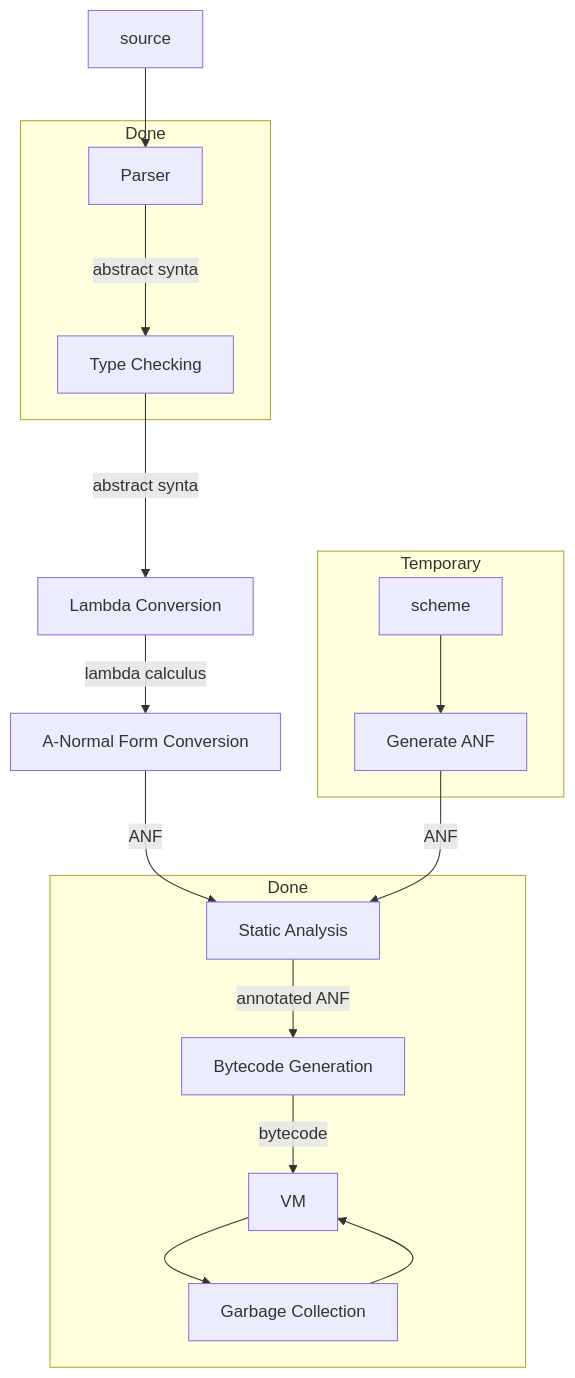
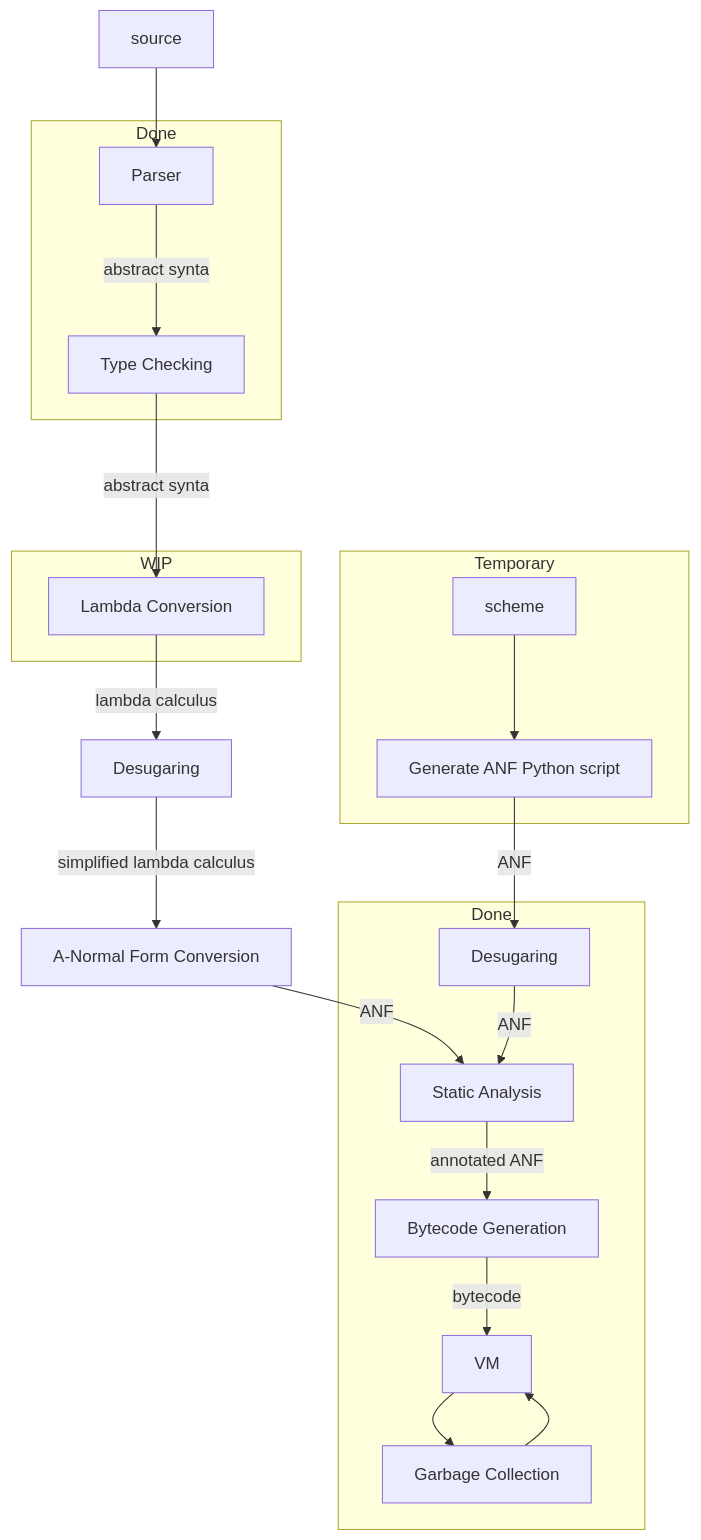
One commit to billhails/CEKF changed the diagram in README.md. Above: the diagram before and after it, drawn with Mermaid. The commit also changed other lines of this file, not shown here.

````diff
--- a/README.md
+++ b/README.md
@@ -75,21 +75,35 @@
 ```mermaid
 flowchart TD
-source --> AST[Parser] --abstract syntax--> check[Type Checking] --abstract syntax--> lambda[Lambda Conversion] --lambda calculus--> anf[A-Normal Form Conversion] --ANF--> static[Static Analysis] --annotated ANF--> Bytecode[Bytecode Generation] --bytecode--> VM
-scheme --> make_ast[Generate ANF] --ANF--> static
+source -->
+AST[Parser] --abstract syntax-->
+check[Type Checking] --abstract syntax-->
+lambda[Lambda Conversion] --lambda calculus-->
+desugaring1[Desugaring] -- simplified lambda calculus-->
+anf[A-Normal Form Conversion] --ANF-->
+static[Static Analysis] --annotated ANF-->
+Bytecode[Bytecode Generation] --bytecode--> VM
+scheme -->
+make_ast[Generate ANF Python script] --ANF-->
+desugaring2[Desugaring] --ANF-->
+static
 GC[Garbage Collection] --> VM
 VM --> GC
 subgraph done1[Done]
+   desugaring2
    static
    Bytecode
    VM
    GC
 end
 subgraph done2[Done]
    AST
    check
 end
 subgraph temp[Temporary]
-scheme
-make_ast
+   scheme
+   make_ast
+end
+subgraph WIP
+   lambda
 end
 ```
````
